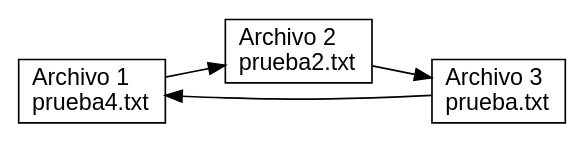
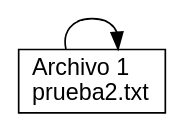
The diagram in Practica 1/ArchivosRecientesReport.dot (TaTo30/EDD20S1-201800585), drawn with Graphviz before and after one commit. The commit also changed 12 other files, not shown here.

```diff
--- a/Practica 1/ArchivosRecientesReport.dot
+++ b/Practica 1/ArchivosRecientesReport.dot
@@ -1,8 +1,6 @@
 digraph L {
   node [shape=record fontname=Arial];
   rankdir=LR;
-0 [label="Archivo 1 \lprueba4.txt \l"]
-1 [label="Archivo 2 \lprueba2.txt \l"]
-2 [label="Archivo 3 \lprueba.txt \l"]
-0 -> 1 -> 2 -> 0
+0 [label="Archivo 1 \lprueba2.txt \l"]
+0 -> 0
  }
```
